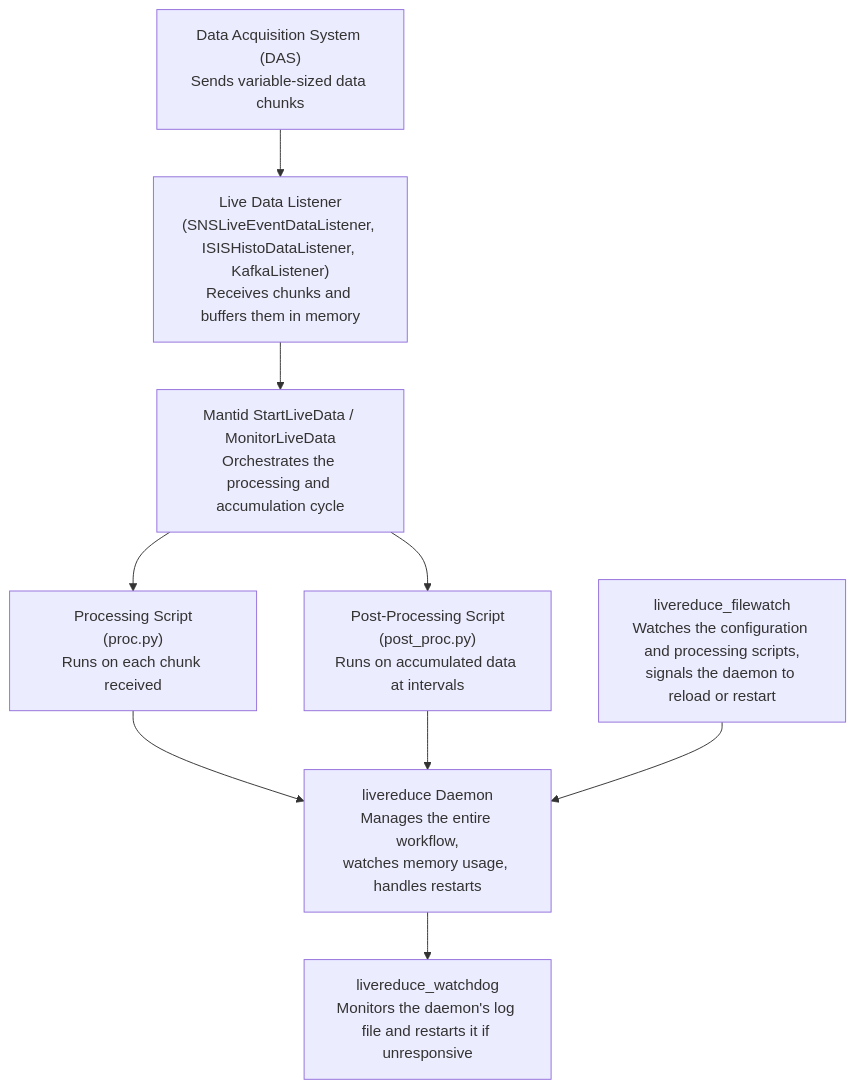
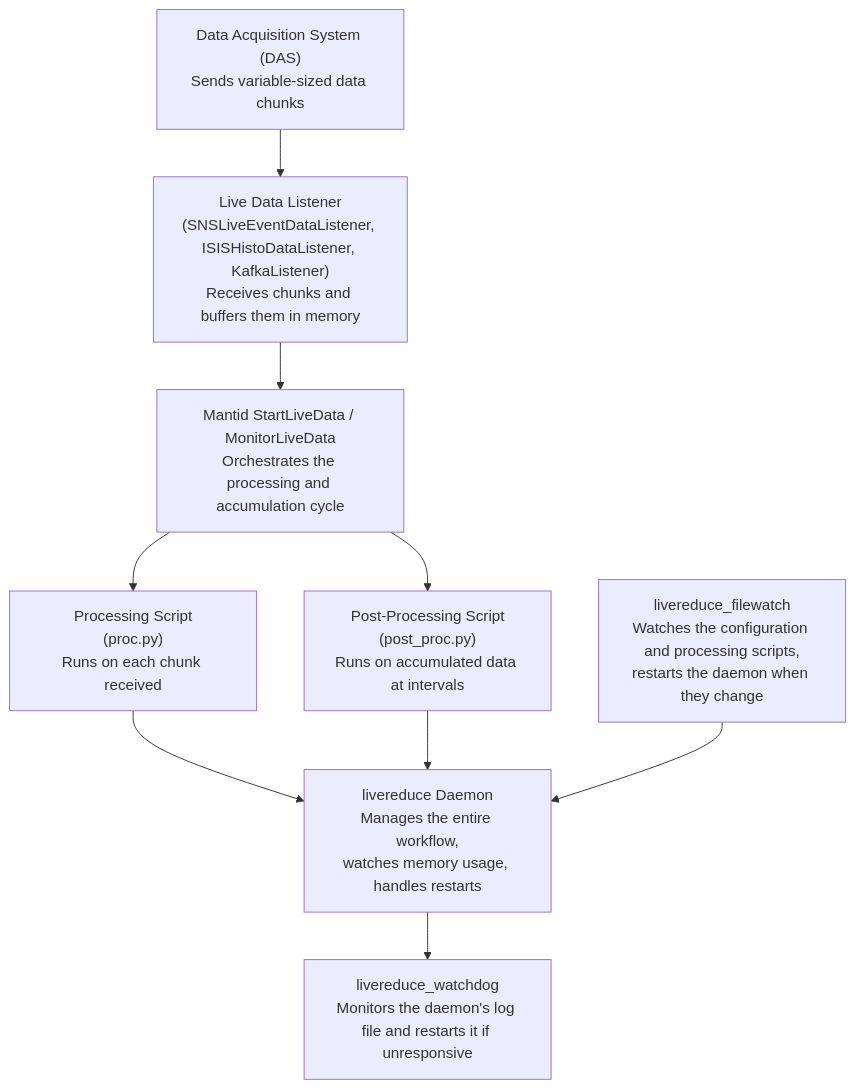
Before and after one commit to mantidproject/livereduce: the diagram in docs/architecture.md, drawn with Mermaid. The commit also changed other lines of this file and 3 other files, not shown here.

````diff
--- a/docs/architecture.md
+++ b/docs/architecture.md
@@ -9,20 +9,20 @@
 ```mermaid
 flowchart TD
     DAS["Data Acquisition System (DAS)<br/>Sends variable-sized data chunks"]
     Listener["Live Data Listener<br/>(SNSLiveEventDataListener, ISISHistoDataListener, KafkaListener)<br/>Receives chunks and buffers them in memory"]
     Mantid["Mantid StartLiveData / MonitorLiveData<br/>Orchestrates the processing and accumulation cycle"]
     ProcScript["Processing Script<br/>(proc.py)<br/>Runs on each chunk received"]
     PostScript["Post-Processing Script<br/>(post_proc.py)<br/>Runs on accumulated data at intervals"]
     Daemon["livereduce Daemon<br/>Manages the entire workflow,<br/>watches memory usage, handles restarts"]
     Watchdog["livereduce_watchdog<br/>Monitors the daemon's log file and restarts it if unresponsive"]
-    FileWatch["livereduce_filewatch<br/>Watches the configuration and processing scripts,<br/>signals the daemon to reload or restart"]
+    FileWatch["livereduce_filewatch<br/>Watches the configuration and processing scripts,<br/>restarts the daemon when they change"]
 
     DAS --> Listener
     Listener --> Mantid
     Mantid --> ProcScript
     Mantid --> PostScript
     ProcScript --> Daemon
     PostScript --> Daemon
     Daemon --> Watchdog
     FileWatch --> Daemon
 ```
````
